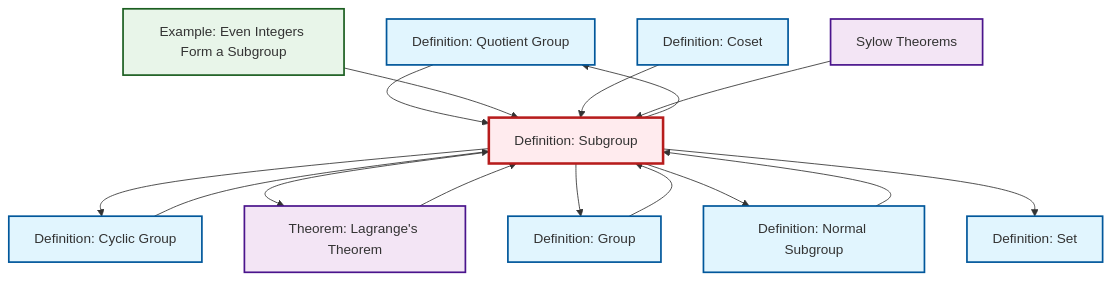
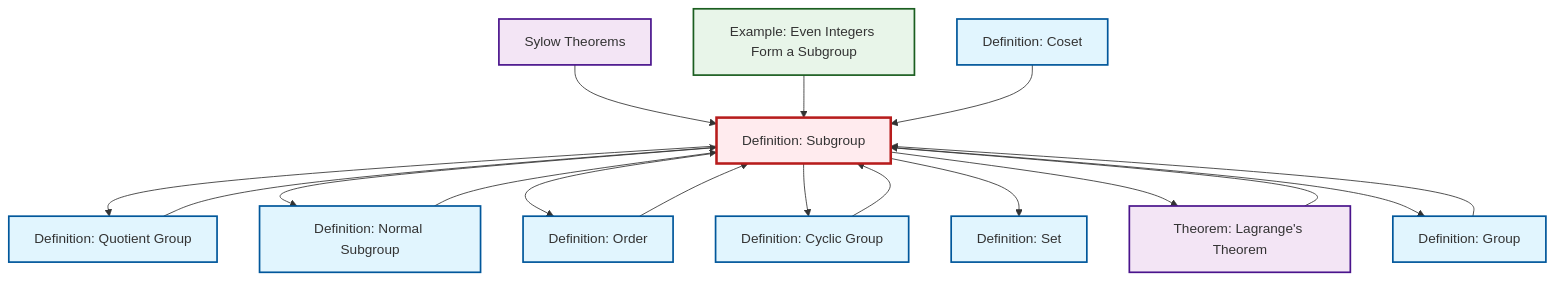
The diagram in content/en/algebra/def-subgroup.qmd (RK0429/ModernMath), drawn with Mermaid before and after one commit. The commit also changed other lines of this file and 581 other files, not shown here.

````diff
--- a/content/en/algebra/def-subgroup.qmd
+++ b/content/en/algebra/def-subgroup.qmd
@@ -52,43 +53,47 @@
 ```{mermaid}
 %%| fig-cap: "Local dependency graph"
 graph TD
     classDef definition fill:#e1f5fe,stroke:#01579b,stroke-width:2px
     classDef theorem fill:#f3e5f5,stroke:#4a148c,stroke-width:2px
     classDef axiom fill:#fff3e0,stroke:#e65100,stroke-width:2px
     classDef example fill:#e8f5e9,stroke:#1b5e20,stroke-width:2px
     classDef current fill:#ffebee,stroke:#b71c1c,stroke-width:3px
+    def-subgroup["Definition: Subgroup"]:::definition
+    thm-sylow["Sylow Theorems"]:::theorem
+    def-order["Definition: Order"]:::definition
     def-quotient-group["Definition: Quotient Group"]:::definition
-    ex-even-integers-subgroup["Example: Even Integers Form a Subgroup"]:::example
-    def-subgroup["Definition: Subgroup"]:::definition
+    thm-lagrange["Theorem: Lagrange's Theorem"]:::theorem
+    def-coset["Definition: Coset"]:::definition
     def-cyclic-group["Definition: Cyclic Group"]:::definition
     def-group["Definition: Group"]:::definition
     def-set["Definition: Set"]:::definition
-    thm-sylow["Sylow Theorems"]:::theorem
+    ex-even-integers-subgroup["Example: Even Integers Form a Subgroup"]:::example
     def-normal-subgroup["Definition: Normal Subgroup"]:::definition
-    def-coset["Definition: Coset"]:::definition
-    thm-lagrange["Theorem: Lagrange's Theorem"]:::theorem
+    def-order --> def-subgroup
+    thm-sylow --> def-subgroup
+    def-cyclic-group --> def-subgroup
+    def-subgroup --> def-quotient-group
+    def-subgroup --> def-normal-subgroup
     def-quotient-group --> def-subgroup
+    def-subgroup --> def-order
+    ex-even-integers-subgroup --> def-subgroup
+    def-group --> def-subgroup
+    def-subgroup --> def-cyclic-group
+    def-coset --> def-subgroup
     def-normal-subgroup --> def-subgroup
-    ex-even-integers-subgroup --> def-subgroup
-    def-subgroup --> def-cyclic-group
+    def-subgroup --> def-set
     def-subgroup --> thm-lagrange
-    def-coset --> def-subgroup
     def-subgroup --> def-group
-    def-subgroup --> def-normal-subgroup
-    def-subgroup --> def-quotient-group
-    def-group --> def-subgroup
-    def-cyclic-group --> def-subgroup
-    thm-sylow --> def-subgroup
     thm-lagrange --> def-subgroup
-    def-subgroup --> def-set
     class def-subgroup current
+    click thm-sylow "thm-sylow.html" "Go to Sylow Theorems"
+    click def-order "def-order.html" "Go to Order definition"
     click def-quotient-group "def-quotient-group.html" "Go to Quotient Group definition"
-    click ex-even-integers-subgroup "ex-even-integers-subgroup.html" "Go to Even Integers Form a Subgroup example"
+    click thm-lagrange "thm-lagrange.html" "Go to Lagrange's Theorem theorem"
+    click def-coset "def-coset.html" "Go to Coset definition"
     click def-cyclic-group "def-cyclic-group.html" "Go to Cyclic Group definition"
     click def-group "def-group.html" "Go to Group definition"
     click def-set "def-set.html" "Go to Set definition"
-    click thm-sylow "thm-sylow.html" "Go to Sylow Theorems"
+    click ex-even-integers-subgroup "ex-even-integers-subgroup.html" "Go to Even Integers Form a Subgroup example"
     click def-normal-subgroup "def-normal-subgroup.html" "Go to Normal Subgroup definition"
-    click def-coset "def-coset.html" "Go to Coset definition"
-    click thm-lagrange "thm-lagrange.html" "Go to Lagrange's Theorem theorem"
 ```
````
